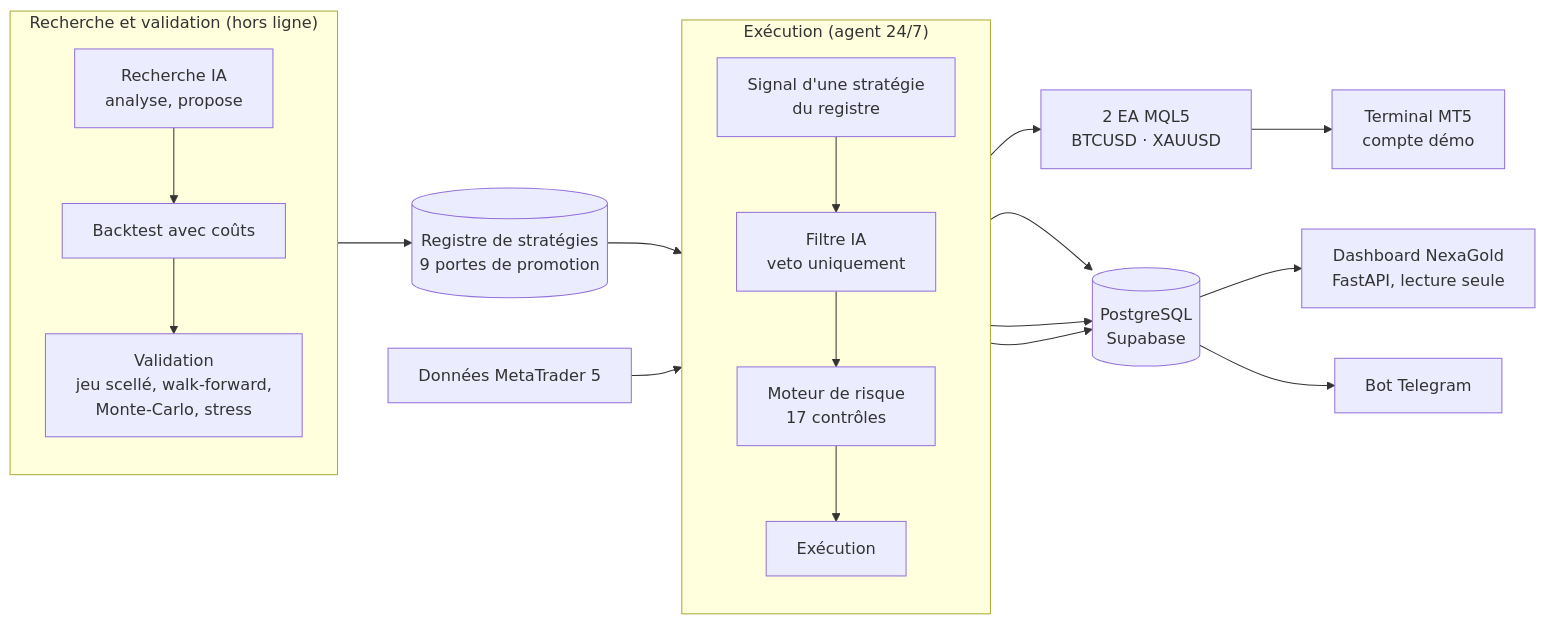
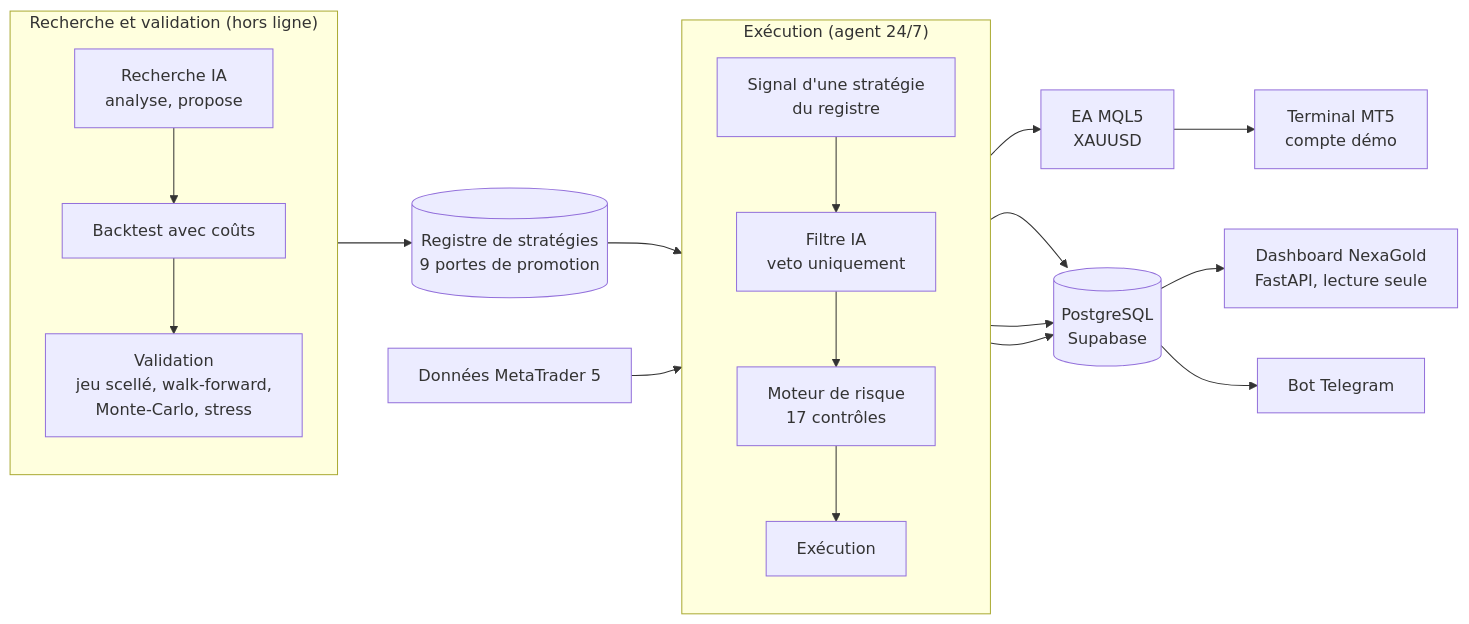
One commit to nagoloumdaniel/TradingAgent changed the diagram in README.md. Above: the diagram before and after it, drawn with Mermaid. The commit also changed other lines of this file and 356 other files, not shown here.

````diff
--- a/README.md
+++ b/README.md
@@ -77,24 +77,24 @@
 ```mermaid
 flowchart LR
     subgraph R["Recherche et validation (hors ligne)"]
         direction TB
         IA["Recherche IA<br/>analyse, propose"] --> BT["Backtest avec coûts"]
         BT --> VAL["Validation<br/>jeu scellé, walk-forward,<br/>Monte-Carlo, stress"]
     end
     VAL --> REG[("Registre de stratégies<br/>9 portes de promotion")]
 
     subgraph T["Exécution (agent 24/7)"]
         direction TB
         SIG["Signal d'une stratégie<br/>du registre"] --> FIA["Filtre IA<br/>veto uniquement"]
         FIA --> RSK["Moteur de risque<br/>17 contrôles"]
         RSK --> EXE["Exécution"]
     end
     REG --> SIG
     MT5D["Données MetaTrader 5"] --> SIG
-    EXE --> EA["2 EA MQL5<br/>BTCUSD · XAUUSD"]
+    EXE --> EA["EA MQL5<br/>XAUUSD"]
     EA --> TERM["Terminal MT5<br/>compte démo"]
 
     SIG & RSK & EXE --> DB[("PostgreSQL<br/>Supabase")]
     DB --> WEB["Dashboard NexaGold<br/>FastAPI, lecture seule"]
     DB --> TG["Bot Telegram"]
 ```
````
